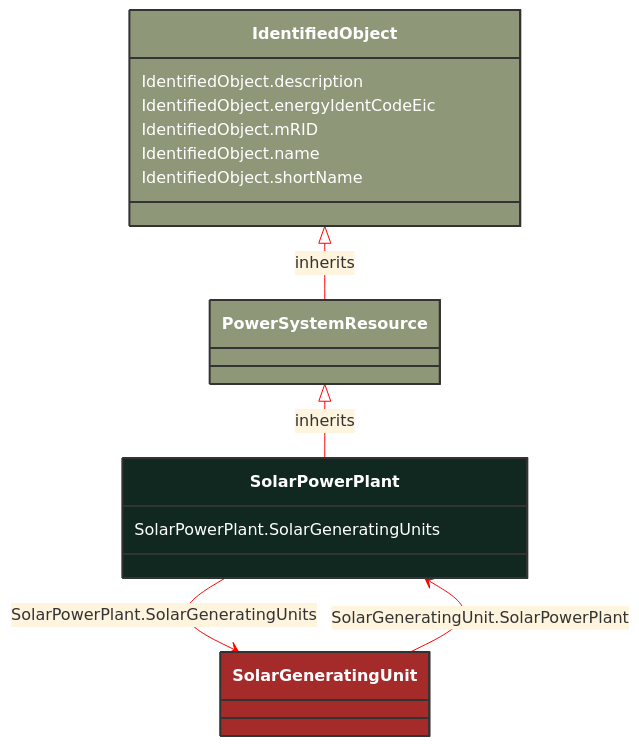
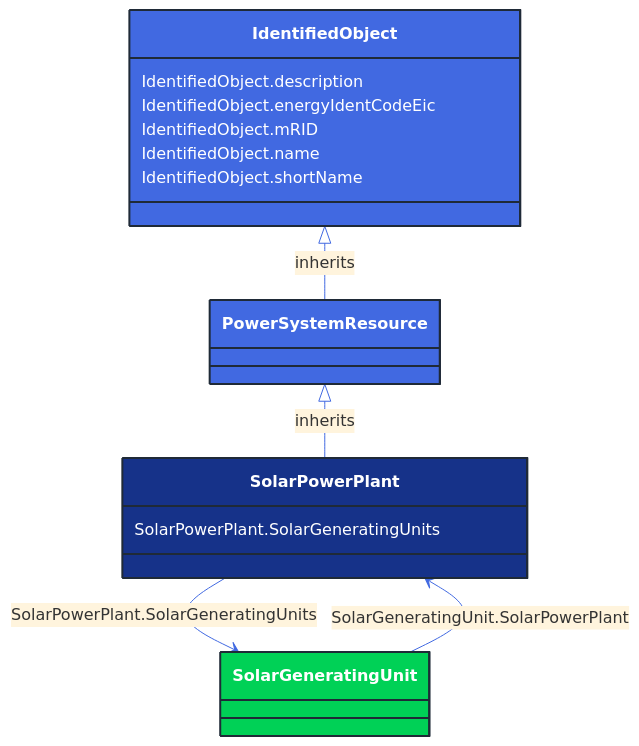
Before and after one commit to 3lbits/NoCIMExtensions: the diagram in docs/Models/Profiles/CoreEquipment/ConcreteClasses/SolarPowerPlant.md, drawn with Mermaid. The commit also changed 362 other files, not shown here.

First line of the commit message:
Update diagrams and styles for improved visual consistency

````diff
--- a/docs/Models/Profiles/CoreEquipment/ConcreteClasses/SolarPowerPlant.md
+++ b/docs/Models/Profiles/CoreEquipment/ConcreteClasses/SolarPowerPlant.md
@@ -8,35 +8,35 @@
 ```mermaid
-%%{init: {'theme':'base','themeVariables': {'lineColor': '#FF0000'}}}%%
+%%{init: {'theme':'base','themeVariables': {'lineColor': '#4169E1'}}}%%
 classDiagram
     class SolarPowerPlant
     click SolarPowerPlant href "/Models/Profiles/CoreEquipment/ConcreteClasses/SolarPowerPlant/"
-    style SolarPowerPlant fill:#102820,stroke:#333,stroke-width:2px,rx:10,ry:10,color:white
+    style SolarPowerPlant fill:#163289,stroke:#1F2A37,stroke-width:2px,rx:10,ry:10,color:white
      
         PowerSystemResource <|-- SolarPowerPlant : inherits
             click PowerSystemResource href "/Models/Profiles/CoreEquipment/AbstractClasses/PowerSystemResource/"
-            style PowerSystemResource fill:#8F9779,stroke:#333,stroke-width:2px,rx:10,ry:10,color:white
+            style PowerSystemResource fill:#4169E1,stroke:#1F2A37,stroke-width:2px,rx:10,ry:10,color:white
      
         IdentifiedObject <|-- PowerSystemResource : inherits
             click IdentifiedObject href "/Models/Profiles/CoreEquipment/AbstractClasses/IdentifiedObject/"
-            style IdentifiedObject fill:#8F9779,stroke:#333,stroke-width:2px,rx:10,ry:10,color:white
+            style IdentifiedObject fill:#4169E1,stroke:#1F2A37,stroke-width:2px,rx:10,ry:10,color:white
 
         SolarPowerPlant --> SolarGeneratingUnit : SolarPowerPlant.SolarGeneratingUnits
 
         SolarGeneratingUnit
             click SolarGeneratingUnit href "/Models/Profiles/CoreEquipment/ConcreteClasses/SolarGeneratingUnit/"
-            style SolarGeneratingUnit fill:#A52A2A,stroke:#333,stroke-width:2px,rx:10,ry:10,color:white
+            style SolarGeneratingUnit fill:#00D156,stroke:#1F2A37,stroke-width:2px,rx:10,ry:10,color:white
 
         SolarGeneratingUnit --> SolarPowerPlant : SolarGeneratingUnit.SolarPowerPlant
 
         SolarGeneratingUnit
             click SolarGeneratingUnit href "/Models/Profiles/CoreEquipment/ConcreteClasses/SolarGeneratingUnit/"
-            style SolarGeneratingUnit fill:#A52A2A,stroke:#333,stroke-width:2px,rx:10,ry:10,color:white
+            style SolarGeneratingUnit fill:#00D156,stroke:#1F2A37,stroke-width:2px,rx:10,ry:10,color:white
 
 
         SolarPowerPlant : SolarPowerPlant.SolarGeneratingUnits
         IdentifiedObject : IdentifiedObject.description
         IdentifiedObject : IdentifiedObject.energyIdentCodeEic
         IdentifiedObject : IdentifiedObject.mRID
         IdentifiedObject : IdentifiedObject.name
         IdentifiedObject : IdentifiedObject.shortName
 ```
````
